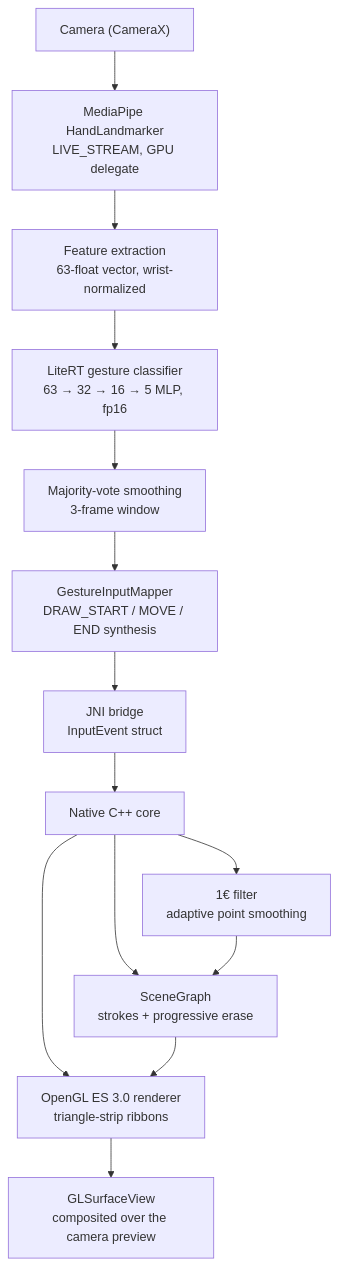
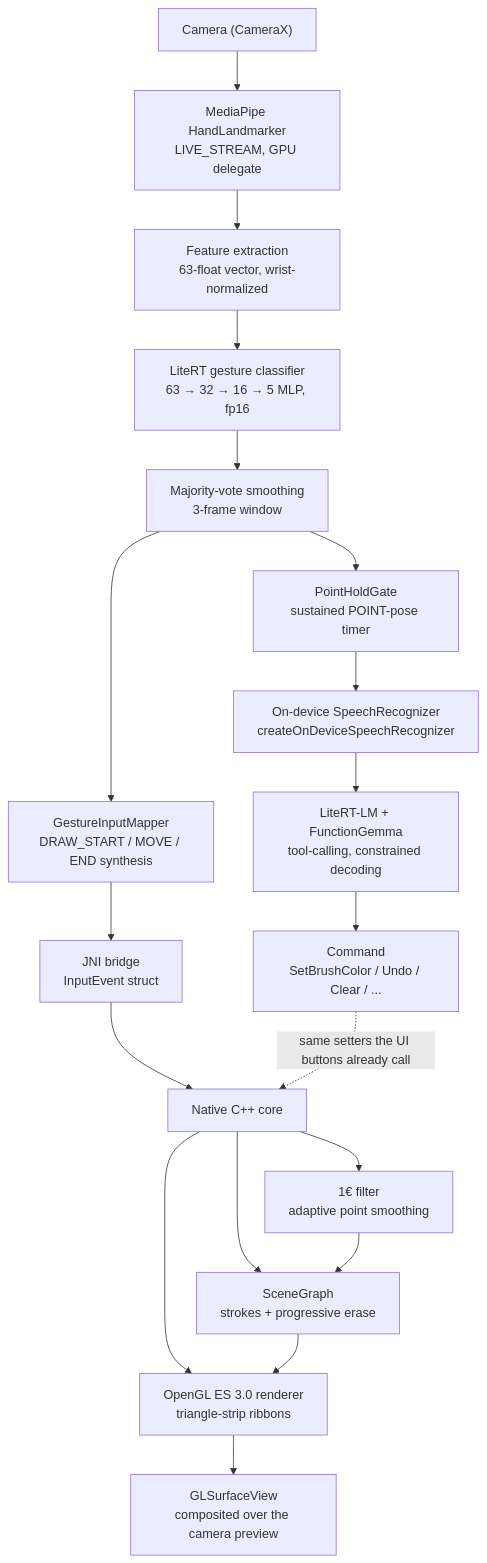
One commit to MaksimAbramenka/GestureControl changed the first of 2 diagrams in README.md. Above: the diagram before and after it, drawn with Mermaid. The commit also changed other lines of this file and 5 other files, not shown here.

````diff
--- a/README.md
+++ b/README.md
@@ -23,16 +24,22 @@
 ```mermaid
 graph TD
     A["Camera (CameraX)"] --> B["MediaPipe HandLandmarker<br/>LIVE_STREAM, GPU delegate"]
     B --> C["Feature extraction<br/>63-float vector, wrist-normalized"]
     C --> D["LiteRT gesture classifier<br/>63 → 32 → 16 → 5 MLP, fp16"]
     D --> E["Majority-vote smoothing<br/>3-frame window"]
     E --> F["GestureInputMapper<br/>DRAW_START / MOVE / END synthesis"]
     F --> G["JNI bridge<br/>InputEvent struct"]
     G --> H["Native C++ core"]
     H --> H1["SceneGraph<br/>strokes + progressive erase"]
     H --> H2["1€ filter<br/>adaptive point smoothing"]
     H --> H3["OpenGL ES 3.0 renderer<br/>triangle-strip ribbons"]
     H2 --> H1
     H1 --> H3
     H3 --> I["GLSurfaceView<br/>composited over the camera preview"]
+
+    E --> P["PointHoldGate<br/>sustained POINT-pose timer"]
+    P --> Q["On-device SpeechRecognizer<br/>createOnDeviceSpeechRecognizer"]
+    Q --> R["LiteRT-LM + FunctionGemma<br/>tool-calling, constrained decoding"]
+    R --> S["Command<br/>SetBrushColor / Undo / Clear / ..."]
+    S -.->|"same setters the UI buttons already call"| H
 ```
````
